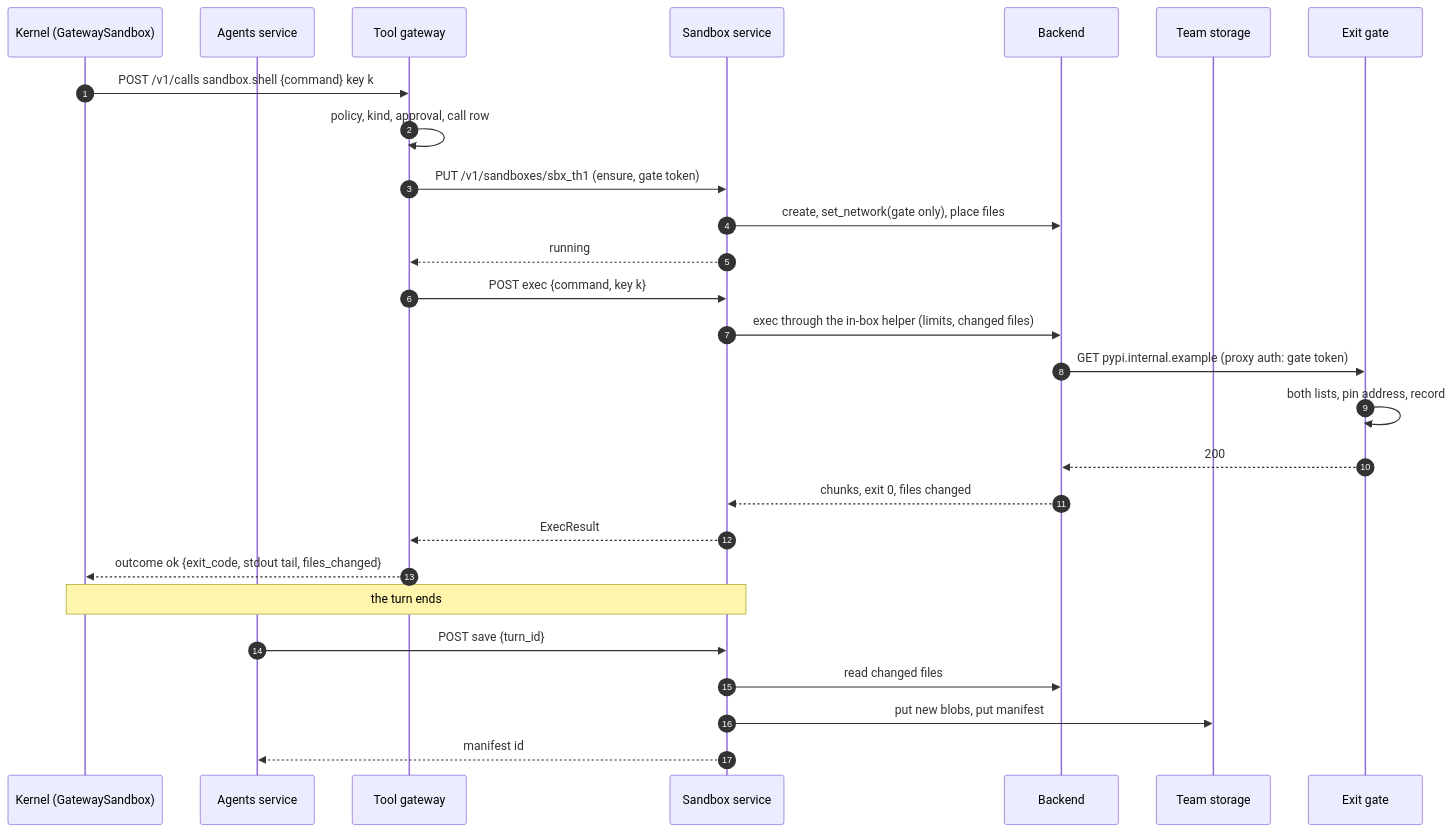
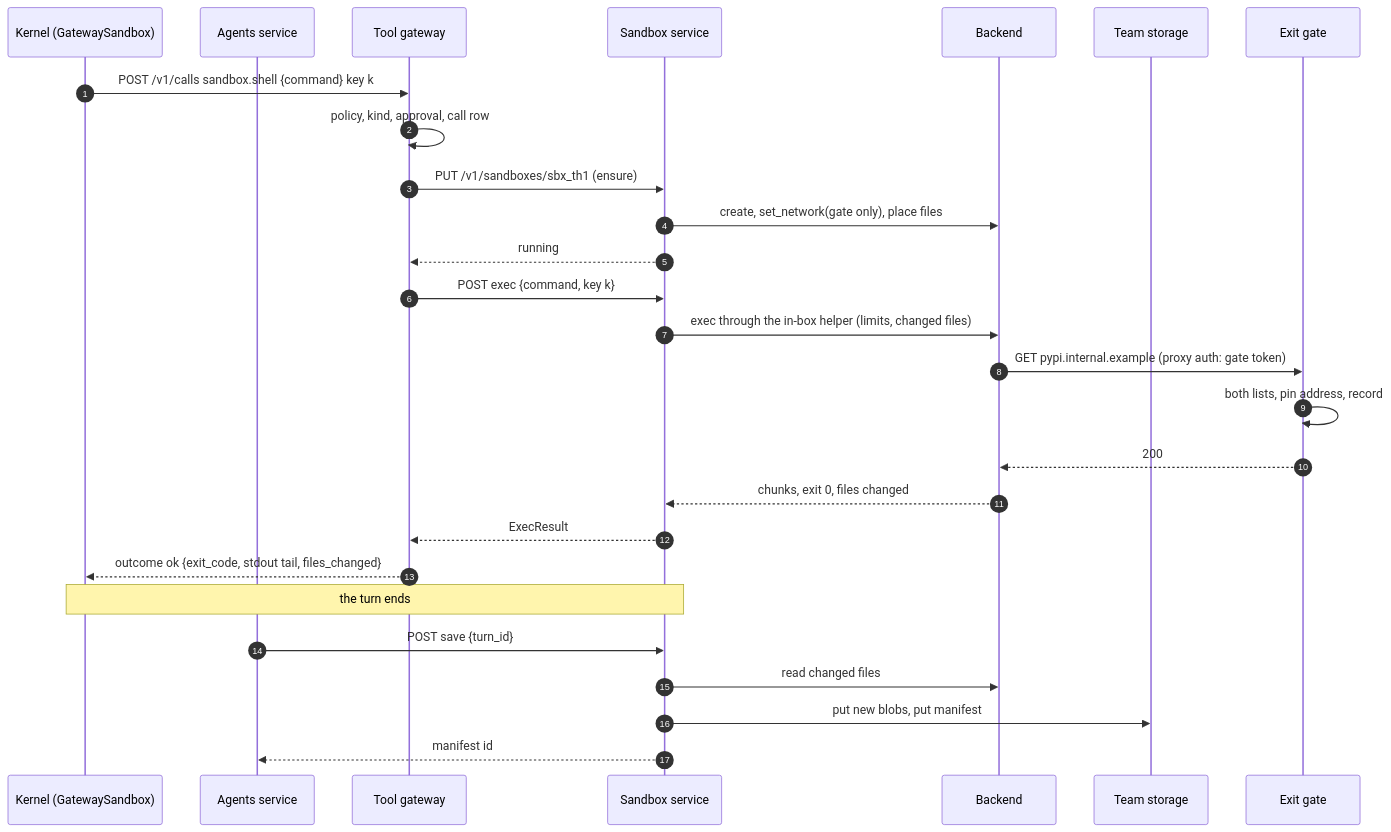
One commit to chanl-ai/ops-ai changed the second of 3 diagrams in docs/design/agents-v2/sandbox-service.md. Above: the diagram before and after it, drawn with Mermaid. The commit also changed other lines of this file and 20 other files, not shown here.

````diff
--- a/docs/design/agents-v2/sandbox-service.md
+++ b/docs/design/agents-v2/sandbox-service.md
@@ -348,29 +381,29 @@
 ```mermaid
 sequenceDiagram
     autonumber
     participant K as Kernel (GatewaySandbox)
     participant A as Agents service
     participant G as Tool gateway
     participant S as Sandbox service
     participant B as Backend
     participant O as Team storage
     participant X as Exit gate
     K->>G: POST /v1/calls sandbox.shell {command} key k
     G->>G: policy, kind, approval, call row
-    G->>S: PUT /v1/sandboxes/sbx_th1 (ensure, gate token)
+    G->>S: PUT /v1/sandboxes/sbx_th1 (ensure)
     S->>B: create, set_network(gate only), place files
     S-->>G: running
     G->>S: POST exec {command, key k}
     S->>B: exec through the in-box helper (limits, changed files)
     B->>X: GET pypi.internal.example (proxy auth: gate token)
     X->>X: both lists, pin address, record
     X-->>B: 200
     B-->>S: chunks, exit 0, files changed
     S-->>G: ExecResult
     G-->>K: outcome ok {exit_code, stdout tail, files_changed}
     Note over K,S: the turn ends
     A->>S: POST save {turn_id}
     S->>B: read changed files
     S->>O: put new blobs, put manifest
     S-->>A: manifest id
 ```
````
